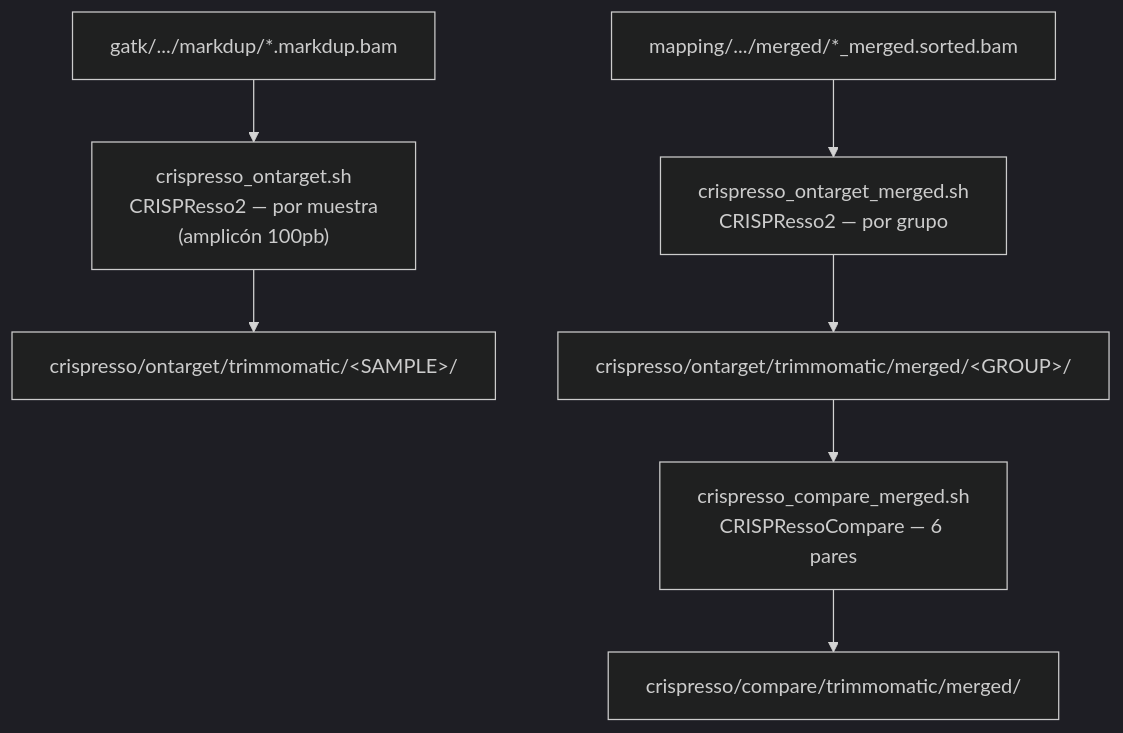
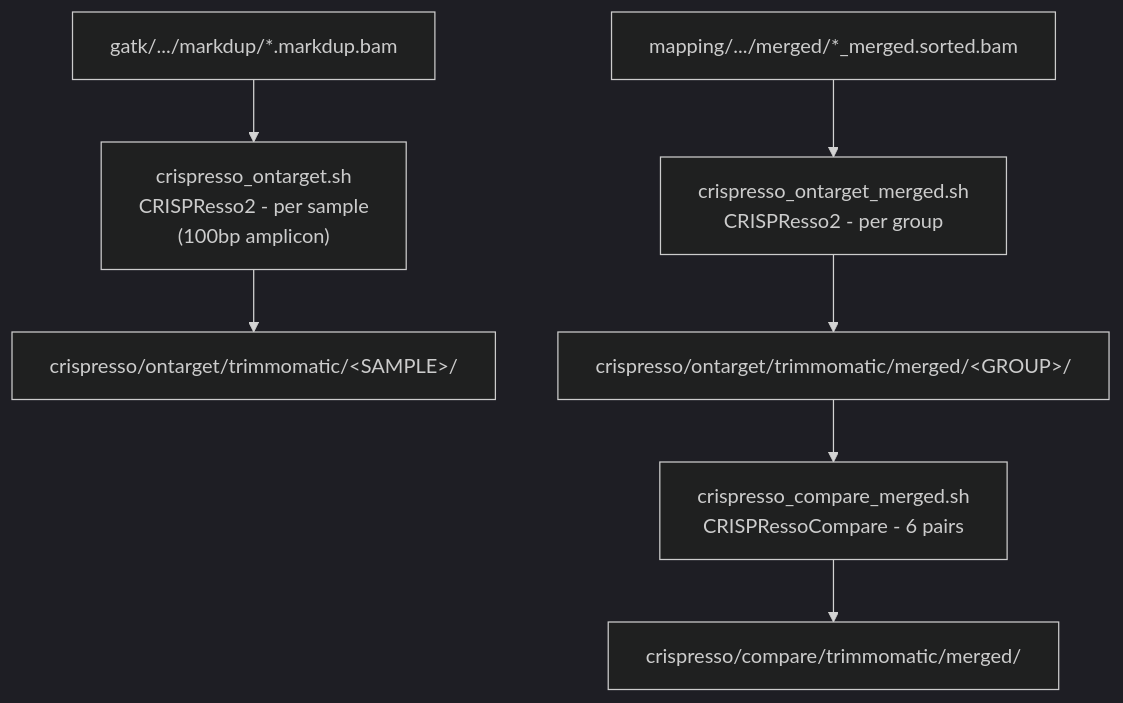
Before and after one commit to diegomartinez33/guppy-crispr-wgs-pipeline: the fourth of 9 diagrams in docs/PIPELINE.md, drawn with Mermaid (dark theme). The commit also changed other lines of this file and 11 other files, not shown here.

````diff
--- a/docs/PIPELINE.md
+++ b/docs/PIPELINE.md
@@ -173,9 +173,9 @@
 ```mermaid
 flowchart TD
-    MD["gatk/.../markdup/*.markdup.bam"] --> OT1["crispresso_ontarget.sh\nCRISPResso2 — por muestra\n(amplicón 100pb)"]
-    GB["mapping/.../merged/*_merged.sorted.bam"] --> OT2["crispresso_ontarget_merged.sh\nCRISPResso2 — por grupo"]
+    MD["gatk/.../markdup/*.markdup.bam"] --> OT1["crispresso_ontarget.sh\nCRISPResso2 - per sample\n(100bp amplicon)"]
+    GB["mapping/.../merged/*_merged.sorted.bam"] --> OT2["crispresso_ontarget_merged.sh\nCRISPResso2 - per group"]
     OT1 --> R1["crispresso/ontarget/trimmomatic/&lt;SAMPLE&gt;/"]
     OT2 --> R2["crispresso/ontarget/trimmomatic/merged/&lt;GROUP&gt;/"]
-    R2 --> CMP["crispresso_compare_merged.sh\nCRISPRessoCompare — 6 pares"]
+    R2 --> CMP["crispresso_compare_merged.sh\nCRISPRessoCompare - 6 pairs"]
     CMP --> R3["crispresso/compare/trimmomatic/merged/"]
 ```
````
